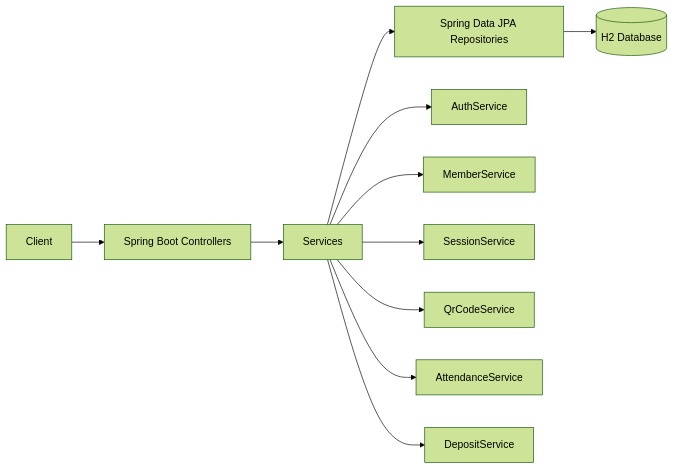
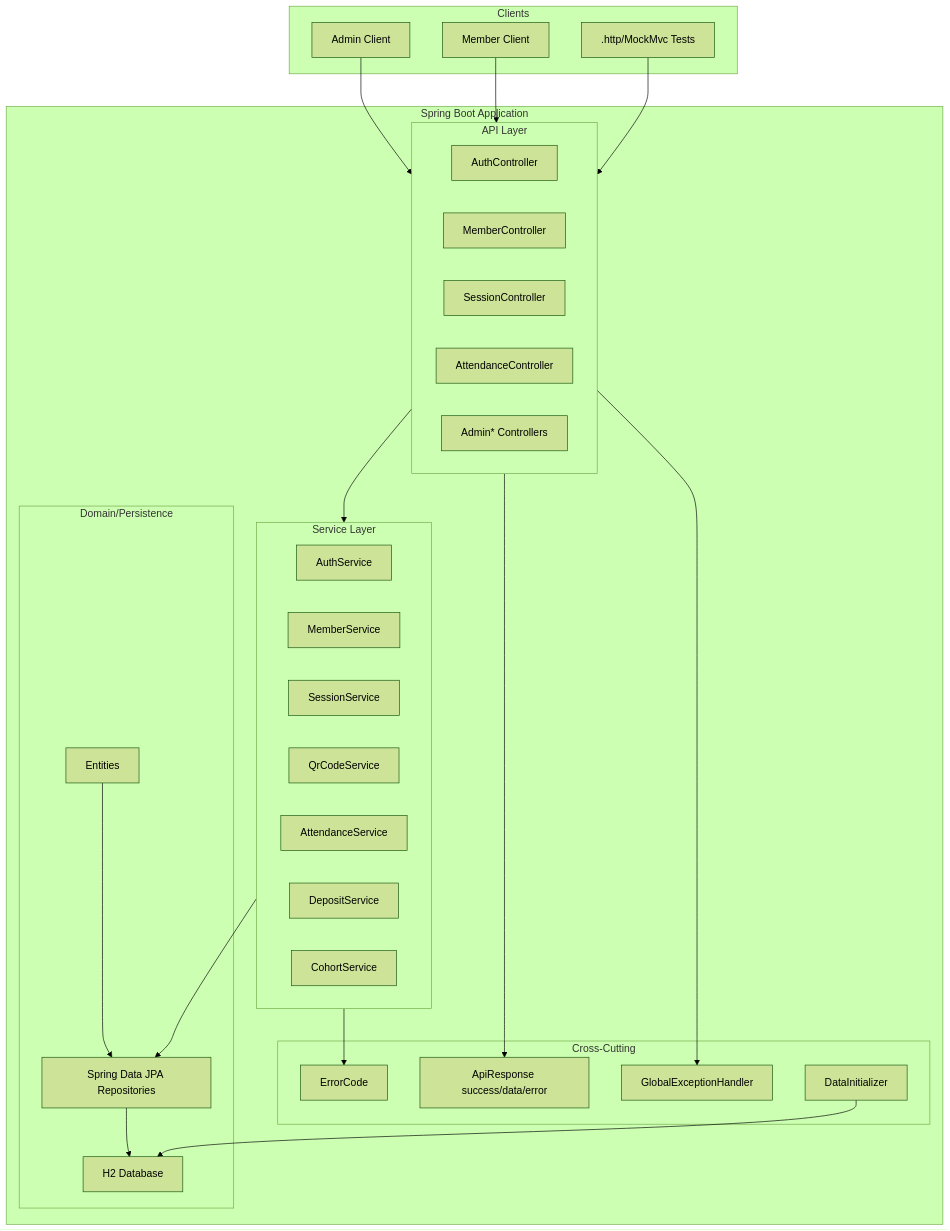
One commit to lso5507/prography-11th-backend changed the first of 2 diagrams in docs/System-Architecture.md. Above: the diagram before and after it, drawn with Mermaid (forest theme). The commit also changed other lines of this file, not shown here.

Commit message:
docs: 시스템 디자인 아키텍처 다이어그램 상세화

````diff
--- a/docs/System-Architecture.md
+++ b/docs/System-Architecture.md
@@ -13,14 +5,55 @@
 ```mermaid
-flowchart LR
-    A[Client] --> B[Spring Boot Controllers]
-    B --> C[Services]
-    C --> D[Spring Data JPA Repositories]
-    D --> E[(H2 Database)]
+flowchart TB
+    subgraph Clients[Clients]
+        C1[Admin Client]
+        C2[Member Client]
+        C3[.http/MockMvc Tests]
+    end
 
-    C --> F[AuthService]
-    C --> G[MemberService]
-    C --> H[SessionService]
-    C --> I[QrCodeService]
-    C --> J[AttendanceService]
-    C --> K[DepositService]
+    subgraph App[Spring Boot Application]
+        subgraph API[API Layer]
+            A1[AuthController]
+            A2[MemberController]
+            A3[SessionController]
+            A4[AttendanceController]
+            A5[Admin* Controllers]
+        end
+
+        subgraph Service[Service Layer]
+            S1[AuthService]
+            S2[MemberService]
+            S3[SessionService]
+            S4[QrCodeService]
+            S5[AttendanceService]
+            S6[DepositService]
+            S7[CohortService]
+        end
+
+        subgraph Domain[Domain/Persistence]
+            D1[Entities]
+            D2[Spring Data JPA Repositories]
+            D3[H2 Database]
+        end
+
+        subgraph Cross[Cross-Cutting]
+            X1[GlobalExceptionHandler]
+            X2[ErrorCode]
+            X3[ApiResponse success/data/error]
+            X4[DataInitializer]
+        end
+    end
+
+    C1 --> API
+    C2 --> API
+    C3 --> API
+
+    API --> Service
+    Service --> D2
+    D2 --> D3
+    D1 --> D2
+
+    API --> X3
+    Service --> X2
+    API --> X1
+    X4 --> D3
 ```
````
